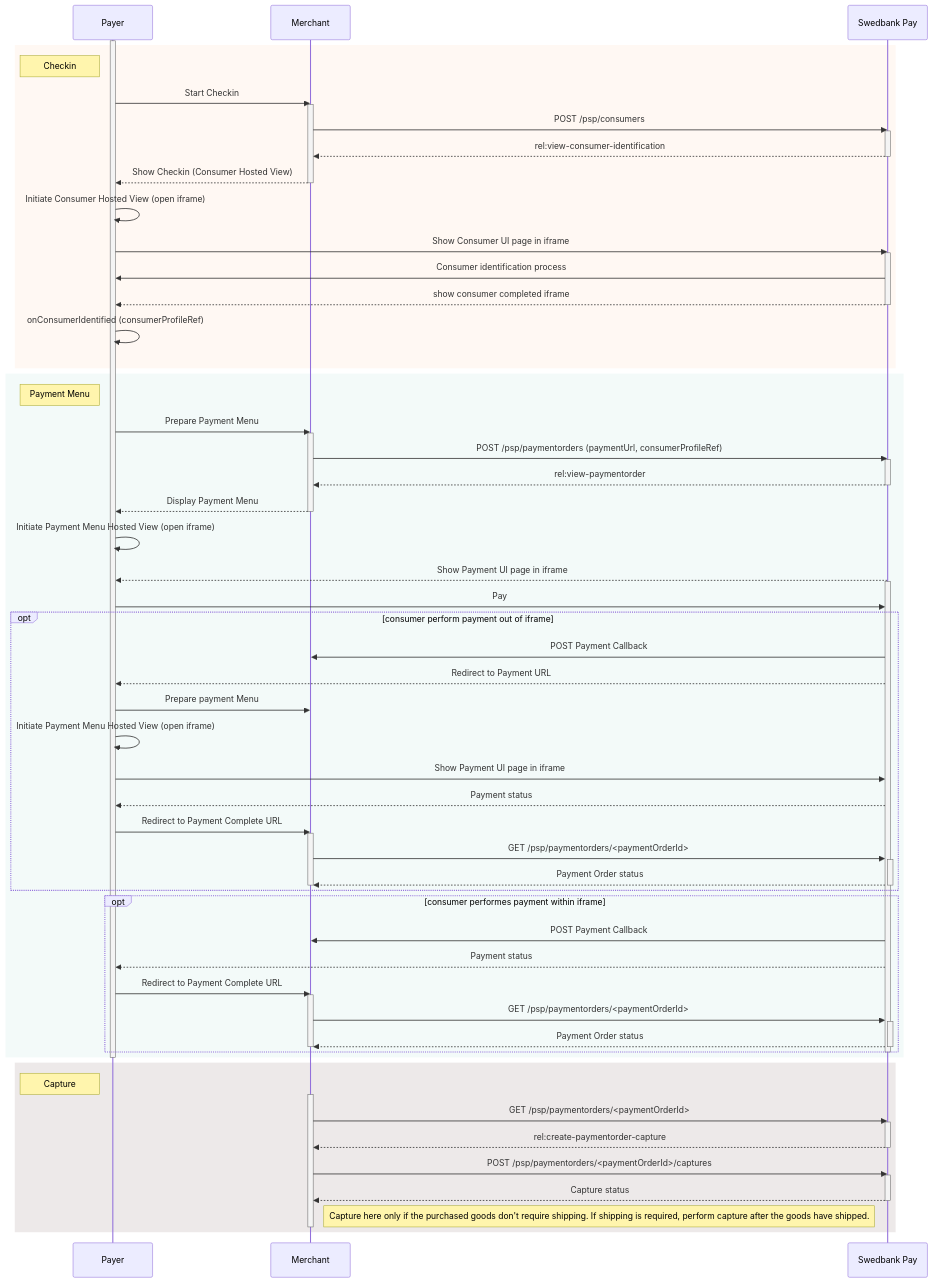
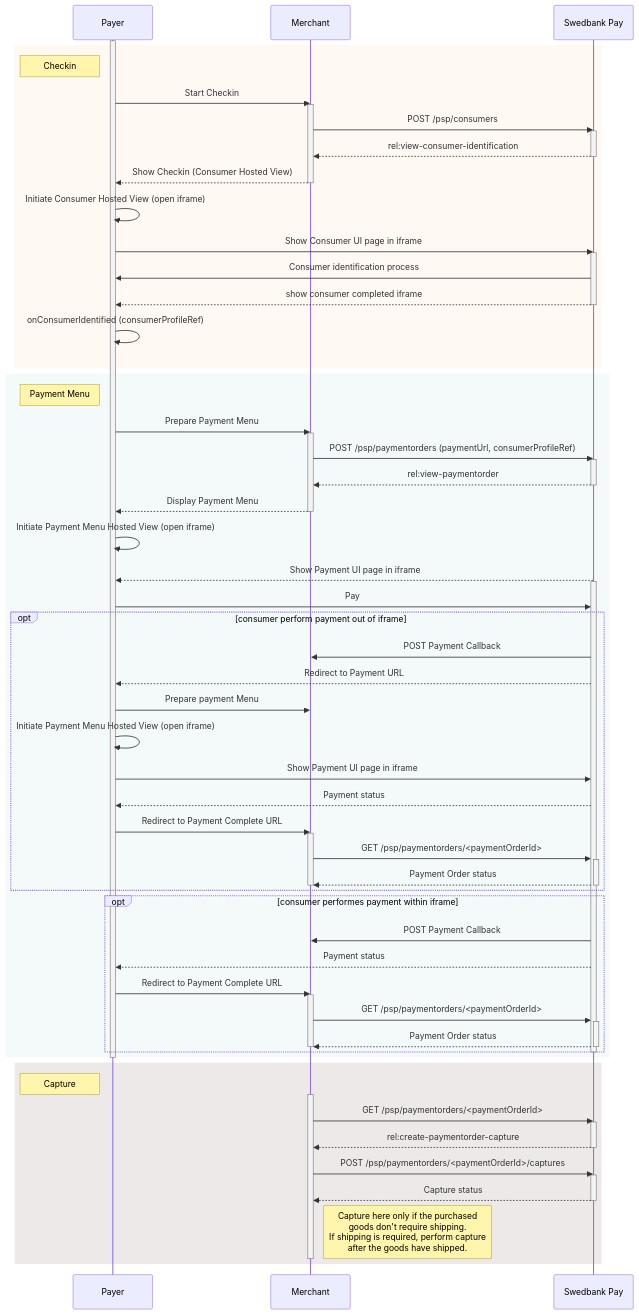
One commit to SwedbankPay/developer.swedbankpay.com changed the diagram in checkout/index.md. Above: the diagram before and after it, drawn with Mermaid.

Commit message:
Fix: Fixed Capture text so it doesn't go outside of the screen space

````diff
--- a/checkout/index.md
+++ b/checkout/index.md
@@ -133,7 +133,7 @@
             activate SwedbankPay
                 SwedbankPay -->> Merchant: Capture status
             deactivate SwedbankPay
-            note right of Merchant: Capture here only if the purchased goods don't require shipping. If shipping is required, perform capture after the goods have shipped.
+            note right of Merchant: Capture here only if the purchased<br/>goods don't require shipping.<br/>If shipping is required, perform capture<br/>after the goods have shipped.
         deactivate Merchant
     end
 ```
````
